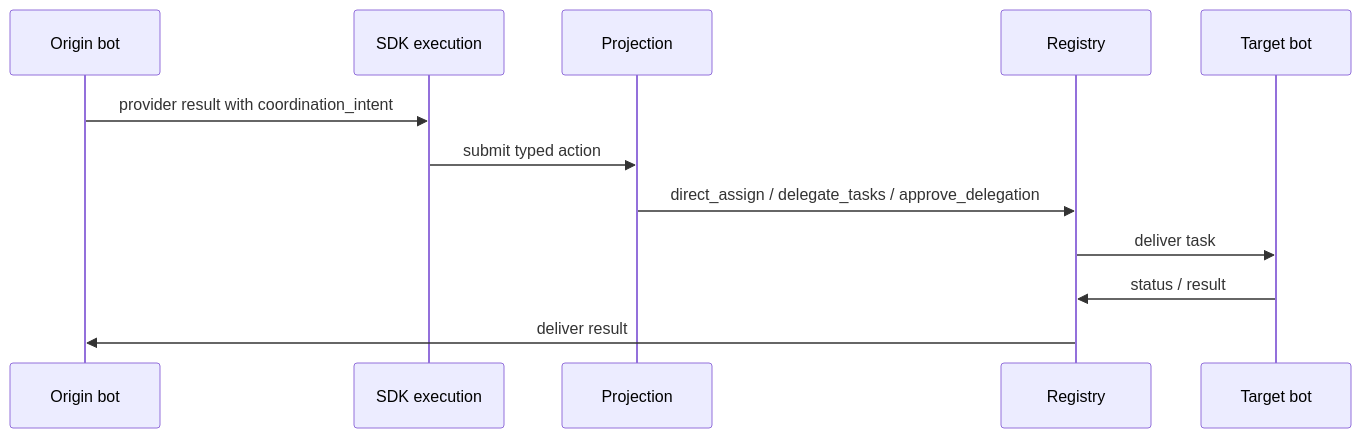
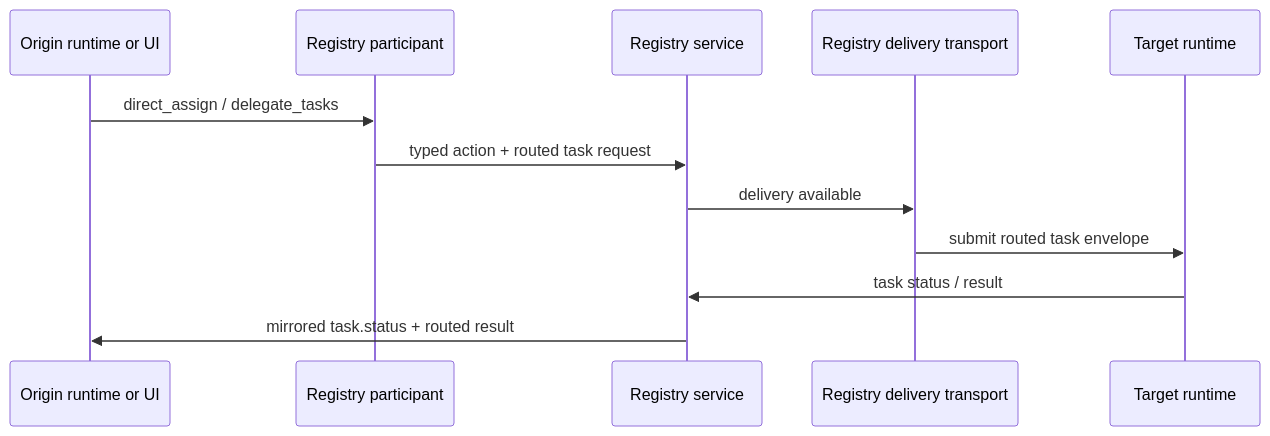
One commit to privacynow/octopus changed the seventh of 7 diagrams in ARCHITECTURE.md. Above: the diagram before and after it, drawn with Mermaid. The commit also changed other lines of this file, not shown here.

````diff
--- a/ARCHITECTURE.md
+++ b/ARCHITECTURE.md
@@ -533,15 +572,15 @@
 ```mermaid
 sequenceDiagram
-    participant O as Origin bot
-    participant X as SDK execution
-    participant P as Projection
-    participant R as Registry
-    participant G as Target bot
+    participant O as Origin runtime or UI
+    participant RP as Registry participant
+    participant R as Registry service
+    participant DT as Registry delivery transport
+    participant G as Target runtime
 
-    O->>X: provider result with coordination_intent
-    X->>P: submit typed action
-    P->>R: direct_assign / delegate_tasks / approve_delegation
-    R->>G: deliver task
-    G->>R: status / result
-    R->>O: deliver result
+    O->>RP: direct_assign / delegate_tasks
+    RP->>R: typed action + routed task request
+    R->>DT: delivery available
+    DT->>G: submit routed task envelope
+    G->>R: task status / result
+    R->>O: mirrored task.status + routed result
 ```
````
